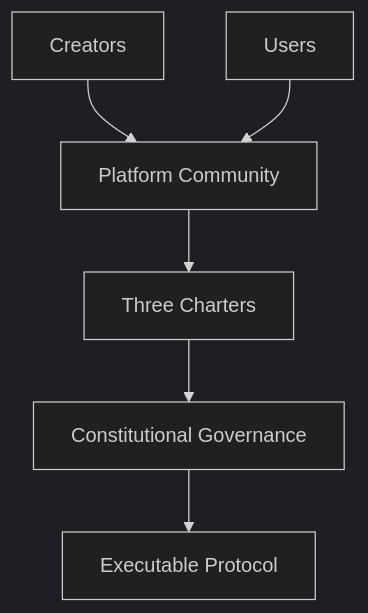
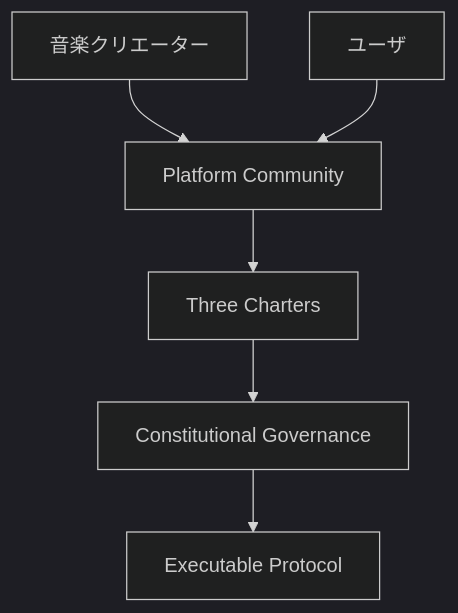
One commit to ShigeichiroYamasaki/creator-first-platform changed diagram 17 of 17 in docs/whitepaper/01-vision.md. Above: the diagram before and after it, drawn with Mermaid (dark theme). The commit also changed other lines of this file and 67 other files, not shown here.

````diff
--- a/docs/whitepaper/01-vision.md
+++ b/docs/whitepaper/01-vision.md
@@ -499,12 +499,12 @@
 ```mermaid
 flowchart TD
-    CREATOR[Creators]
-    USER[Users]
+    CREATOR[音楽クリエーター]
+    USER[ユーザ]
 
     CREATOR --> COMMUNITY[Platform Community]
     USER --> COMMUNITY
 
     COMMUNITY --> CHARTER[Three Charters]
     CHARTER --> GOV[Constitutional Governance]
     GOV --> CODE[Executable Protocol]
 ```
````
